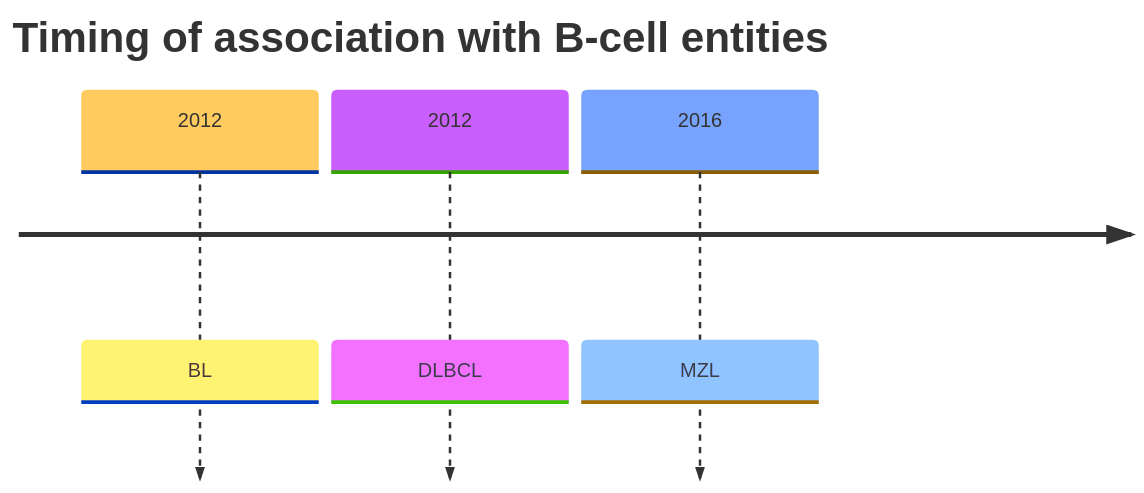
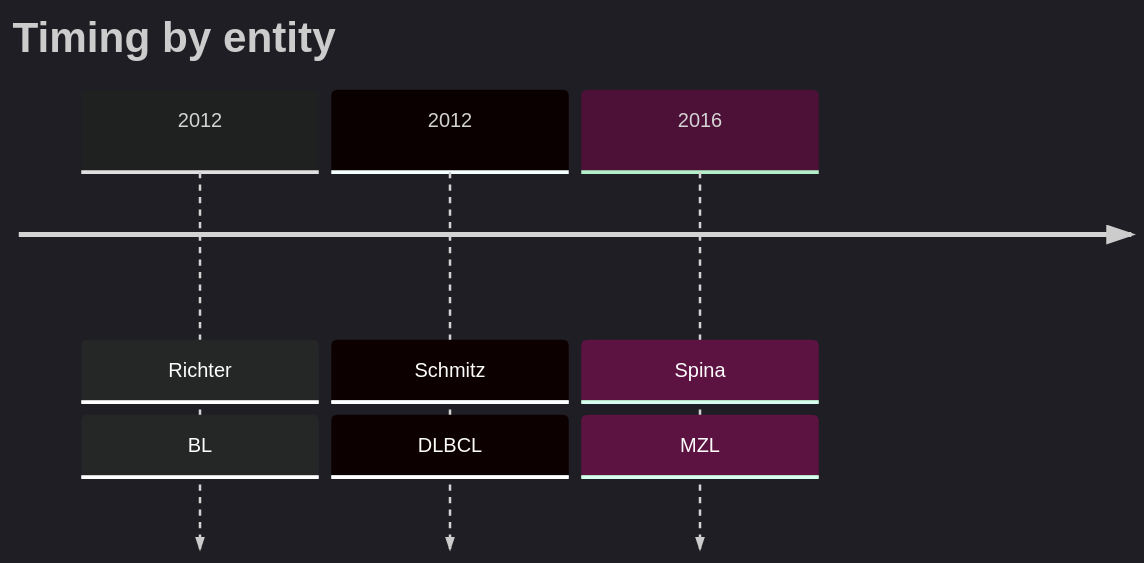
One commit to morinlab/lymphopedia changed the diagram in ID3.md. Above: the diagram before and after it, drawn with Mermaid.

Commit message:
Updated ID3 (markdown)

````diff
--- a/ID3.md
+++ b/ID3.md
@@ -5,8 +5,8 @@
 ```mermaid
-%%{init: { 'logLevel': 'debug', 'theme': 'base' } }%%
+%%{init: { 'logLevel': 'debug', 'theme': 'dark' } }%%
     timeline
-        title Timing of association with B-cell entities
-          2012 : BL
-          2012 : DLBCL
-          2016 : MZL
+        title Timing by entity
+          2012 : Richter : BL
+          2012 : Schmitz : DLBCL
+          2016 : Spina : MZL
 ```
````
